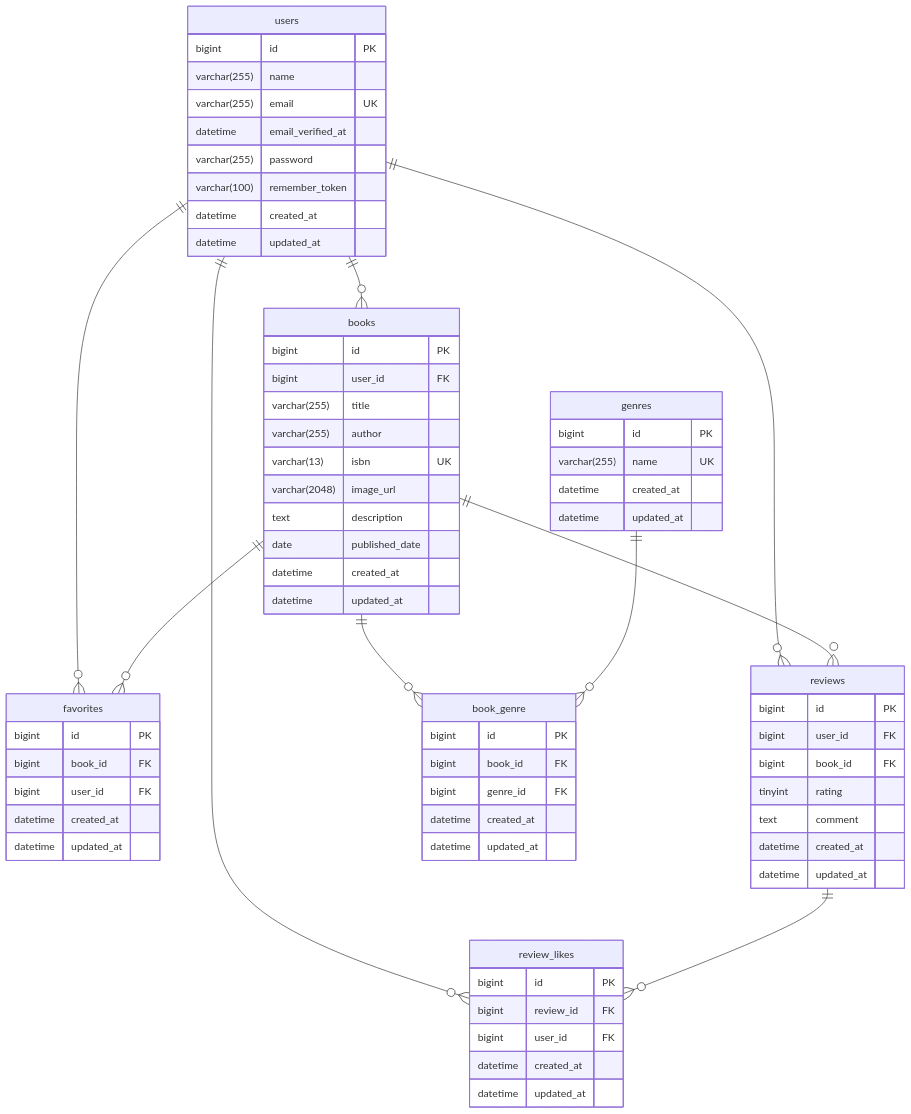
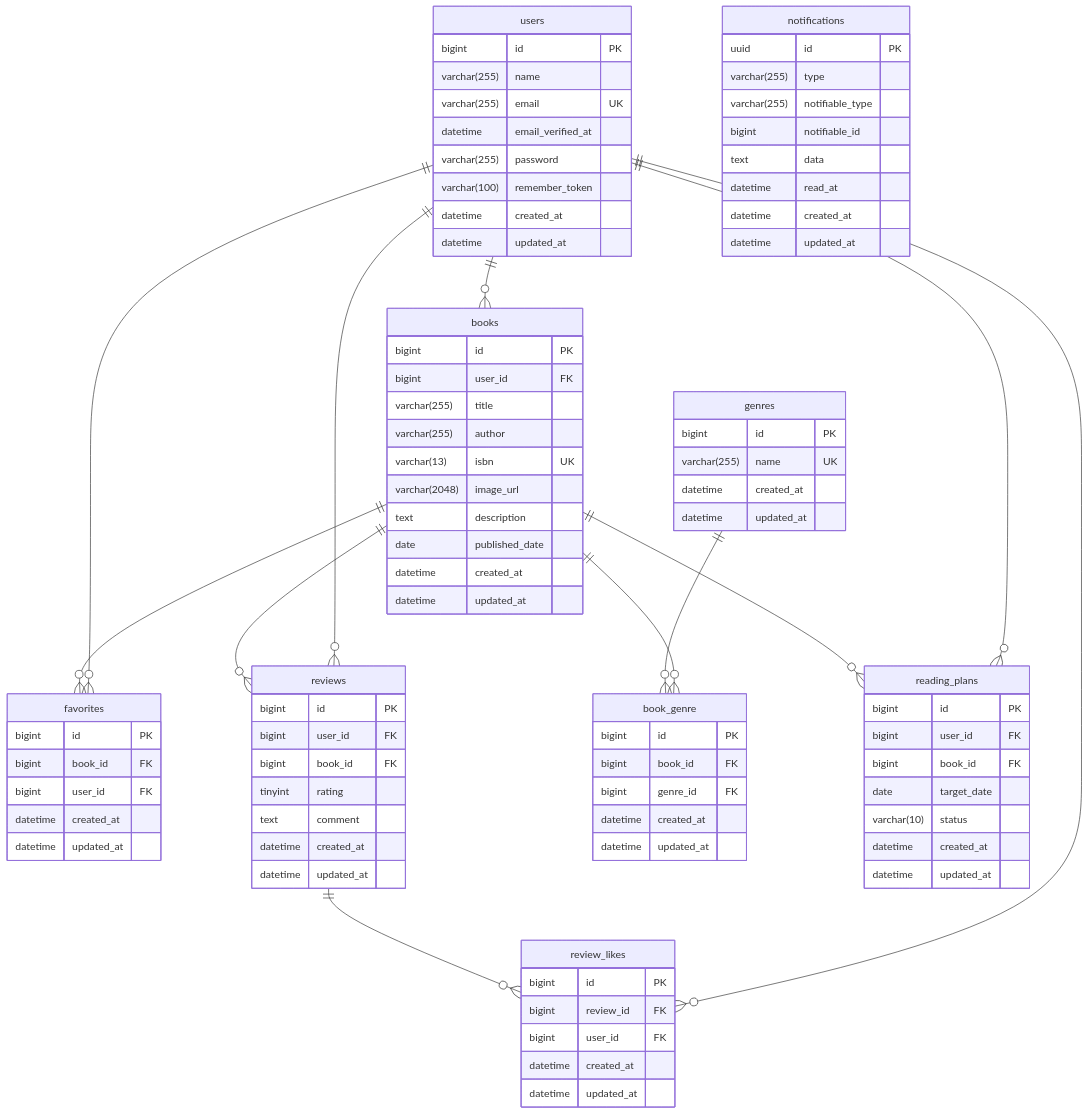
Before and after one commit to Yji-9261/bookshelf-app: the diagram in README.md, drawn with Mermaid. The commit also changed 28 other files, not shown here.

````diff
--- a/README.md
+++ b/README.md
@@ -12,6 +12,8 @@
 books ||--o{ reviews : ""
 books ||--o{ book_genre : ""
 genres ||--o{ book_genre : ""
+users ||--o{ reading_plans : ""
+books ||--o{ reading_plans : ""
 
 users{
     bigint id PK
@@ -78,4 +80,25 @@
     datetime updated_at
 }
 
+reading_plans{
+    bigint id PK
+    bigint user_id FK
+    bigint book_id FK
+    date target_date
+    varchar(10) status
+    datetime created_at
+    datetime updated_at
+}
+
+notifications{
+    uuid id PK
+    varchar(255) type
+    varchar(255) notifiable_type
+    bigint notifiable_id
+    text data
+    datetime read_at
+    datetime created_at
+    datetime updated_at
+}
+
 ```
````
